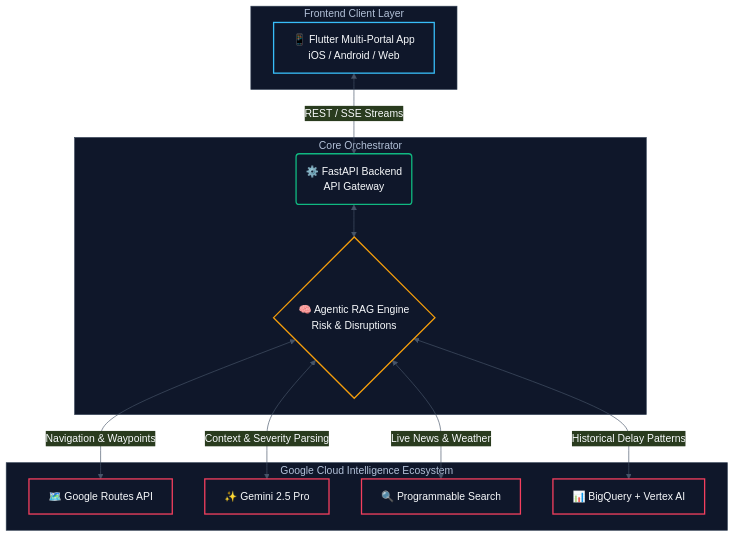
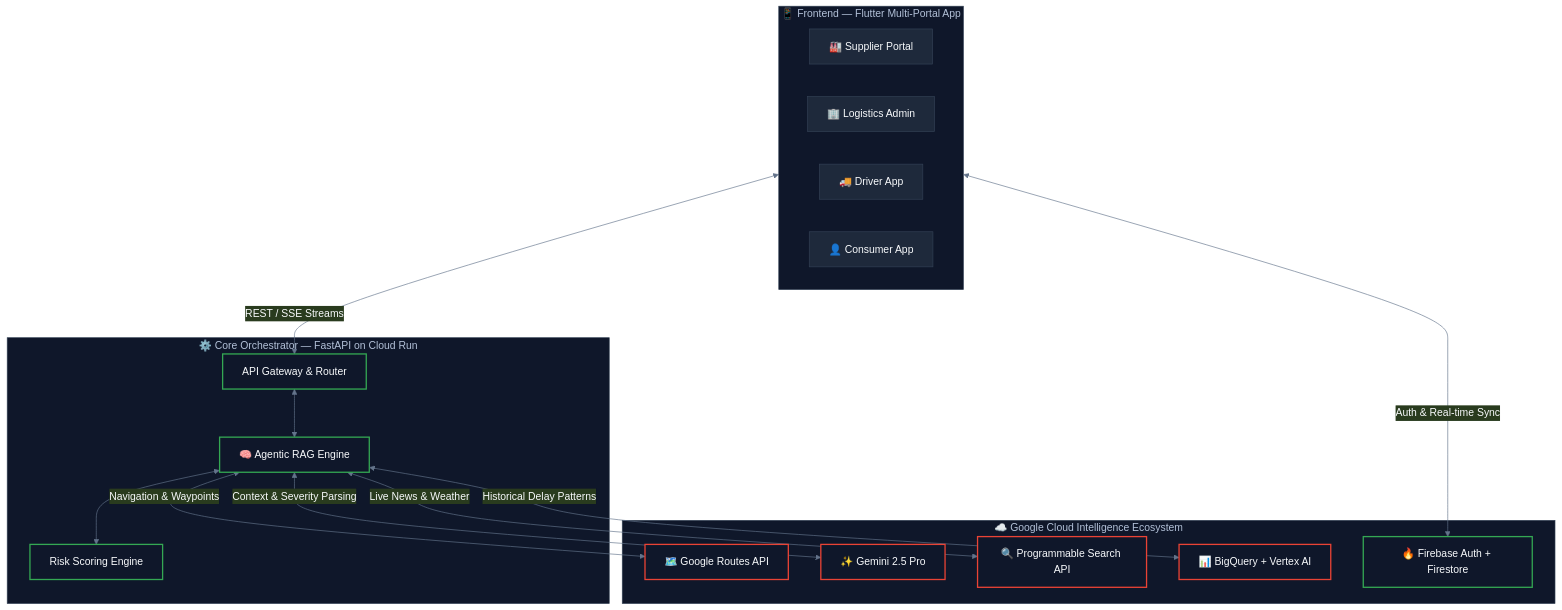
Before and after one commit to TechNoSena/Garuda: the first of 6 diagrams in readme.md, drawn with Mermaid. The commit also changed other lines of this file, not shown here.

````diff
--- a/readme.md
+++ b/readme.md
@@ -68,36 +106,40 @@
 ```mermaid
-%%{init: {"theme": "base", "themeVariables": {"primaryColor": "#1E293B", "primaryTextColor": "#F8FAFC", "primaryBorderColor": "#334155", "lineColor": "#475569", "clusterBkg": "#0F172A", "clusterBorder": "#334155"}}}%%
+%%{init: {"theme": "base", "themeVariables": {"primaryColor": "#1E293B", "primaryTextColor": "#F8FAFC", "primaryBorderColor": "#334155", "lineColor": "#64748B", "clusterBkg": "#0F172A", "clusterBorder": "#334155"}}}%%
 graph TD
     classDef default fill:#1E293B,stroke:#334155,stroke-width:1px,color:#F8FAFC;
+    classDef google fill:#0F172A,stroke:#EA4335,stroke-width:2px,color:#F8FAFC;
+    classDef infra fill:#0F172A,stroke:#34A853,stroke-width:2px,color:#F8FAFC;
 
-    subgraph Frontend Client Layer
-        A[📱 Flutter Multi-Portal App<br>iOS / Android / Web]
+    subgraph FL["📱 Frontend — Flutter Multi-Portal App"]
+        A1["🏭 Supplier Portal"]
+        A2["🏢 Logistics Admin"]
+        A3["🚚 Driver App"]
+        A4["👤 Consumer App"]
     end
 
-    subgraph Core Orchestrator
-        B(⚙️ FastAPI Backend<br>API Gateway)
-        C{🧠 Agentic RAG Engine<br>Risk & Disruptions}
+    subgraph BE["⚙️ Core Orchestrator — FastAPI on Cloud Run"]
+        B1["API Gateway & Router"]
+        B2["🧠 Agentic RAG Engine"]
+        B3["Risk Scoring Engine"]
     end
 
-    subgraph Google Cloud Intelligence Ecosystem
-        D[🗺️ Google Routes API]
-        E[✨ Gemini 2.5 Pro]
-        F[🔍 Programmable Search]
-        G[📊 BigQuery + Vertex AI]
+    subgraph GCP["☁️ Google Cloud Intelligence Ecosystem"]
+        C1["🗺️ Google Routes API"]
+        C2["✨ Gemini 2.5 Pro"]
+        C3["🔍 Programmable Search API"]
+        C4["📊 BigQuery + Vertex AI"]
+        C5["🔥 Firebase Auth + Firestore"]
     end
 
-    A <-->|REST / SSE Streams| B
-    B <--> C
-    C <-->|Navigation & Waypoints| D
-    C <-->|Context & Severity Parsing| E
-    C <-->|Live News & Weather| F
-    C <-->|Historical Delay Patterns| G
+    FL <-->|"REST / SSE Streams"| B1
+    B1 <--> B2
+    B2 <--> B3
+    B2 <-->|"Navigation & Waypoints"| C1
+    B2 <-->|"Context & Severity Parsing"| C2
+    B2 <-->|"Live News & Weather"| C3
+    B2 <-->|"Historical Delay Patterns"| C4
+    FL <-->|"Auth & Real-time Sync"| C5
 
-    style A fill:#0F172A,stroke:#38BDF8,stroke-width:2px,color:#F8FAFC
-    style B fill:#0F172A,stroke:#10B981,stroke-width:2px,color:#F8FAFC
-    style C fill:#0F172A,stroke:#F59E0B,stroke-width:2px,color:#F8FAFC
-    style D fill:#0F172A,stroke:#F43F5E,stroke-width:2px,color:#F8FAFC
-    style E fill:#0F172A,stroke:#F43F5E,stroke-width:2px,color:#F8FAFC
-    style F fill:#0F172A,stroke:#F43F5E,stroke-width:2px,color:#F8FAFC
-    style G fill:#0F172A,stroke:#F43F5E,stroke-width:2px,color:#F8FAFC
+    class C1,C2,C3,C4 google
+    class C5,B1,B2,B3 infra
 ```
````
